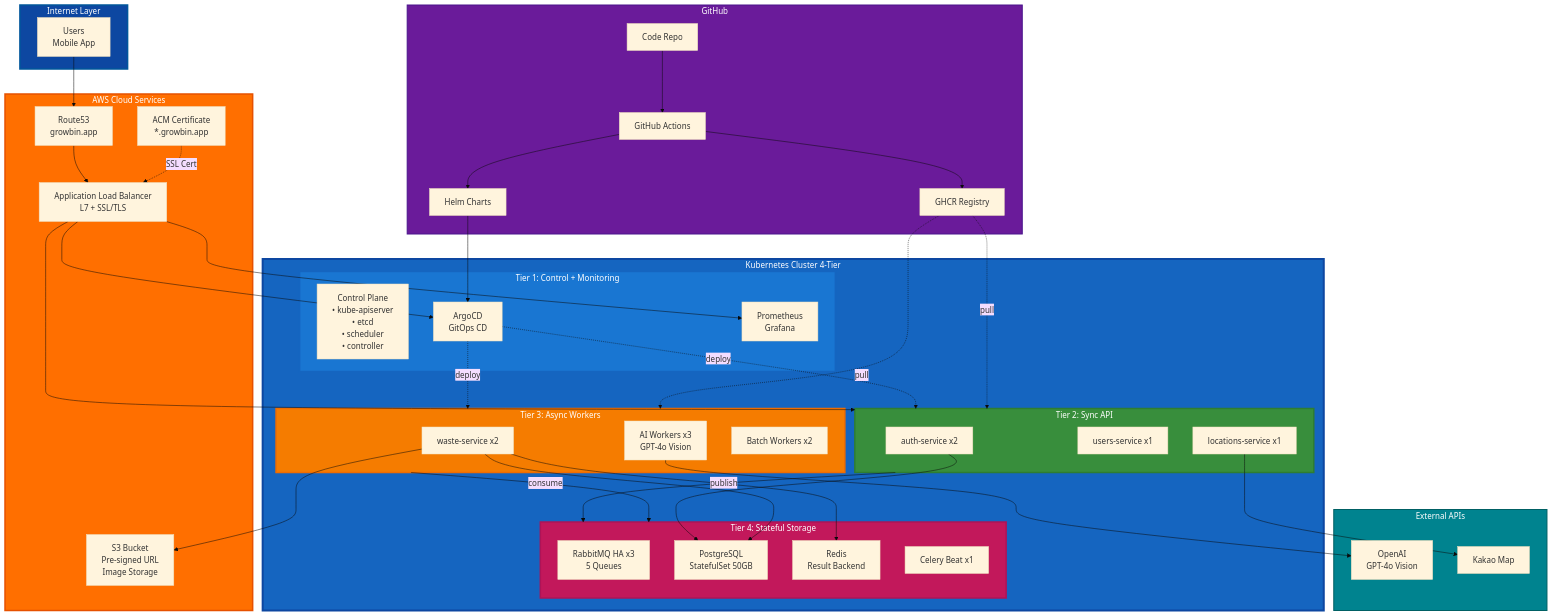
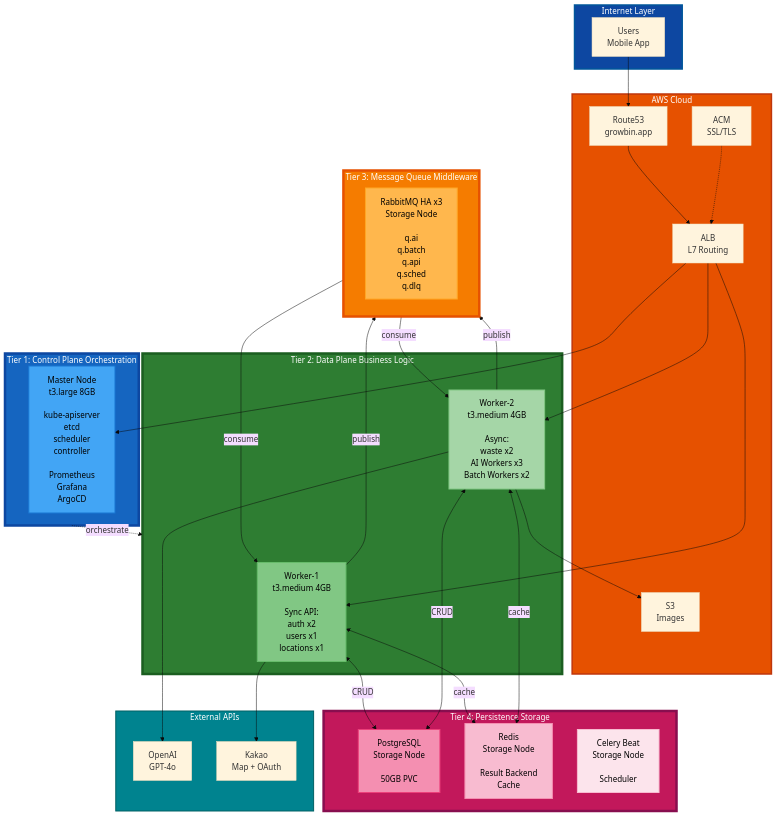
Before and after one commit to SeSACTHON/backend: the first of 3 diagrams in docs/architecture/final-k8s-architecture.md, drawn with Mermaid (base theme). The commit also changed other lines of this file, not shown here.

First line of the commit message:
docs: Rewrite final-k8s-architecture with correct 4-Tier definition

````diff
--- a/docs/architecture/final-k8s-architecture.md
+++ b/docs/architecture/final-k8s-architecture.md
@@ -20,107 +21,76 @@
 ```mermaid
 graph TB
     subgraph Internet["Internet Layer"]
-        Users["Users
-Mobile App"]
+        Users["Users<br/>Mobile App"]
     end
     
-    subgraph AWS["AWS Cloud Services"]
-        Route53["Route53
-growbin.app"]
-        ALB["Application Load Balancer
-L7 + SSL/TLS"]
-        ACM["ACM Certificate
-*.growbin.app"]
-        S3["S3 Bucket
-Pre-signed URL
-Image Storage"]
+    subgraph AWS["AWS Cloud"]
+        Route53["Route53<br/>growbin.app"]
+        ALB["ALB<br/>L7 Routing"]
+        ACM["ACM<br/>SSL/TLS"]
+        S3["S3<br/>Images"]
     end
     
-    subgraph K8s["Kubernetes Cluster 4-Tier"]
-        subgraph Tier1["Tier 1: Control + Monitoring"]
-            CP["Control Plane
-• kube-apiserver
-• etcd
-• scheduler
-• controller"]
-            ArgoCD["ArgoCD
-GitOps CD"]
-            Prom["Prometheus
-Grafana"]
-        end
-        
-        subgraph Tier2["Tier 2: Sync API"]
-            AuthSvc["auth-service x2"]
-            UsersSvc["users-service x1"]
-            LocSvc["locations-service x1"]
-        end
-        
-        subgraph Tier3["Tier 3: Async Workers"]
-            WasteSvc["waste-service x2"]
-            AIW["AI Workers x3
-GPT-4o Vision"]
-            BatchW["Batch Workers x2"]
-        end
-        
-        subgraph Tier4["Tier 4: Stateful Storage"]
-            RMQ["RabbitMQ HA x3
-5 Queues"]
-            DB["PostgreSQL
-StatefulSet 50GB"]
-            Redis["Redis
-Result Backend"]
-            Beat["Celery Beat x1"]
-        end
+    subgraph Tier1["Tier 1: Control Plane Orchestration"]
+        Master["Master Node<br/>t3.large 8GB<br/><br/>kube-apiserver<br/>etcd<br/>scheduler<br/>controller<br/><br/>Prometheus<br/>Grafana<br/>ArgoCD"]
     end
     
-    subgraph GitHub["GitHub"]
-        Code["Code Repo"]
-        Charts["Helm Charts"]
-        GHA["GitHub Actions"]
-        GHCR["GHCR Registry"]
+    subgraph Tier2["Tier 2: Data Plane Business Logic"]
+        W1["Worker-1<br/>t3.medium 4GB<br/><br/>Sync API:<br/>auth x2<br/>users x1<br/>locations x1"]
+        W2["Worker-2<br/>t3.medium 4GB<br/><br/>Async:<br/>waste x2<br/>AI Workers x3<br/>Batch Workers x2"]
+    end
+    
+    subgraph Tier3["Tier 3: Message Queue Middleware"]
+        MQ["RabbitMQ HA x3<br/>Storage Node<br/><br/>q.ai<br/>q.batch<br/>q.api<br/>q.sched<br/>q.dlq"]
+    end
+    
+    subgraph Tier4["Tier 4: Persistence Storage"]
+        DB["PostgreSQL<br/>Storage Node<br/><br/>50GB PVC"]
+        Redis["Redis<br/>Storage Node<br/><br/>Result Backend<br/>Cache"]
+        Beat["Celery Beat<br/>Storage Node<br/><br/>Scheduler"]
     end
     
     subgraph External["External APIs"]
-        OpenAI["OpenAI
-GPT-4o Vision"]
-        KakaoMap["Kakao Map"]
+        OpenAI["OpenAI<br/>GPT-4o"]
+        Kakao["Kakao<br/>Map + OAuth"]
     end
     
     Users --> Route53
     Route53 --> ALB
-    ACM -.->|SSL Cert| ALB
-    ALB --> Tier2
-    ALB --> ArgoCD
-    ALB --> Prom
+    ACM -.-> ALB
     
-    Tier2 -->|publish| Tier4
-    Tier3 -->|consume| Tier4
+    ALB --> W1
+    ALB --> W2
+    ALB --> Master
     
-    WasteSvc --> S3
-    AIW --> OpenAI
-    LocSvc --> KakaoMap
+    Tier1 -.->|orchestrate| Tier2
     
-    AuthSvc --> DB
-    WasteSvc --> DB
-    WasteSvc --> Redis
+    W1 -->|publish| Tier3
+    W2 -->|publish| Tier3
+    Tier3 -->|consume| W2
+    Tier3 -->|consume| W1
     
-    Code --> GHA
-    GHA --> GHCR
-    GHA --> Charts
-    Charts --> ArgoCD
-    ArgoCD -.->|deploy| Tier2
-    ArgoCD -.->|deploy| Tier3
+    W1 <-->|CRUD| DB
+    W2 <-->|CRUD| DB
+    W1 <-->|cache| Redis
+    W2 <-->|cache| Redis
     
-    GHCR -.->|pull| Tier2
-    GHCR -.->|pull| Tier3
+    W2 --> OpenAI
+    W1 --> Kakao
+    W2 --> S3
     
     style Internet fill:#0d47a1,color:#fff,stroke:#01579b,stroke-width:3px
-    style AWS fill:#ff6f00,color:#fff,stroke:#e65100,stroke-width:3px
-    style K8s fill:#1565c0,color:#fff,stroke:#0d47a1,stroke-width:4px
-    style Tier1 fill:#1976d2,color:#fff,stroke:#1565c0,stroke-width:3px
-    style Tier2 fill:#388e3c,color:#fff,stroke:#2e7d32,stroke-width:3px
-    style Tier3 fill:#f57c00,color:#fff,stroke:#ef6c00,stroke-width:3px
-    style Tier4 fill:#c2185b,color:#fff,stroke:#ad1457,stroke-width:3px
-    style GitHub fill:#6a1b9a,color:#fff,stroke:#4a148c,stroke-width:2px
+    style AWS fill:#e65100,color:#fff,stroke:#bf360c,stroke-width:3px
+    style Tier1 fill:#1565c0,color:#fff,stroke:#0d47a1,stroke-width:5px
+    style Tier2 fill:#2e7d32,color:#fff,stroke:#1b5e20,stroke-width:5px
+    style Tier3 fill:#f57c00,color:#fff,stroke:#e65100,stroke-width:5px
+    style Tier4 fill:#c2185b,color:#fff,stroke:#880e4f,stroke-width:5px
+    style Master fill:#42a5f5,color:#000,stroke:#1976d2,stroke-width:2px
+    style W1 fill:#81c784,color:#000,stroke:#66bb6a,stroke-width:2px
+    style W2 fill:#a5d6a7,color:#000,stroke:#81c784,stroke-width:2px
+    style MQ fill:#ffb74d,color:#000,stroke:#ffa726,stroke-width:2px
+    style DB fill:#f48fb1,color:#000,stroke:#ec407a,stroke-width:2px
+    style Redis fill:#f8bbd0,color:#000,stroke:#f48fb1,stroke-width:2px
+    style Beat fill:#fce4ec,color:#000,stroke:#f8bbd0,stroke-width:2px
     style External fill:#00838f,color:#fff,stroke:#006064,stroke-width:2px
 ```
````
